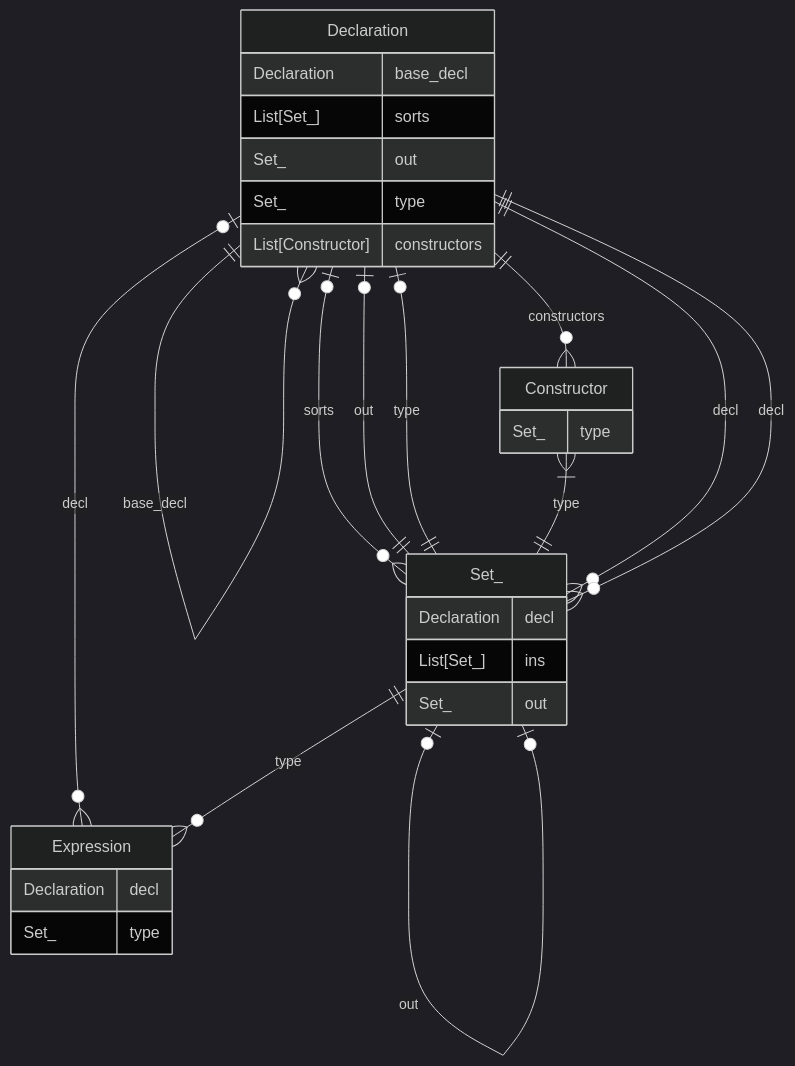
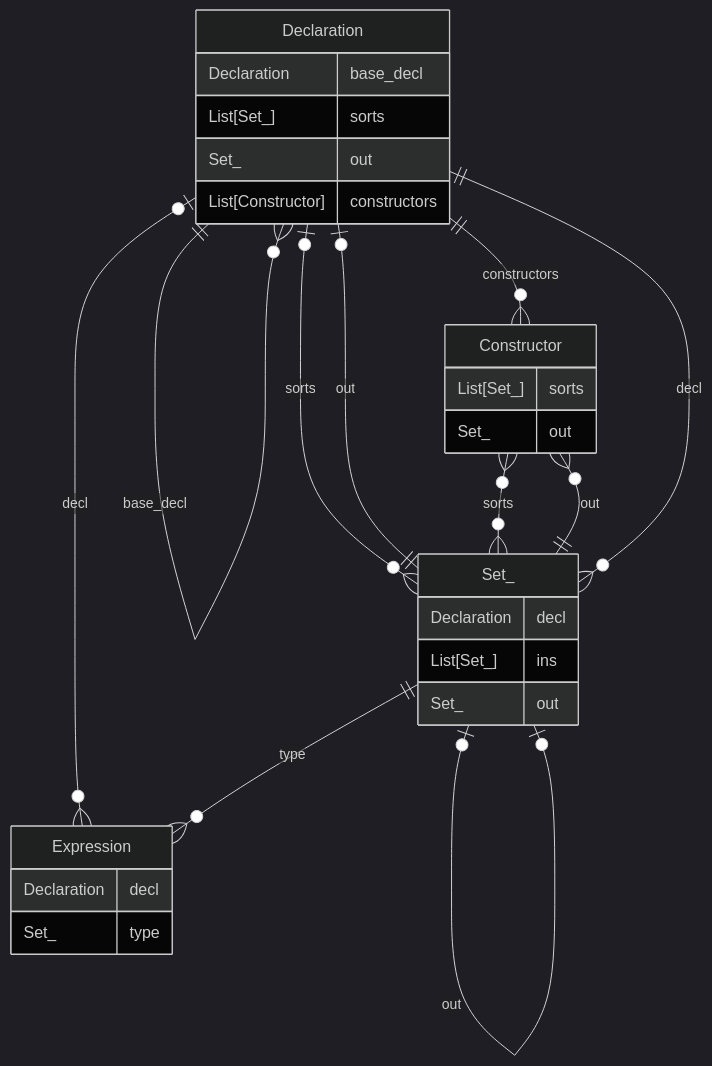
One commit to Sobhangh/IDP-Z3 changed the diagram in docs/DataModel.md. Above: the diagram before and after it, drawn with Mermaid (dark theme). The commit also changed 6 other files, not shown here.

Commit message:
- Declaration.type; Constructor.type -> .out

````diff
--- a/docs/DataModel.md
+++ b/docs/DataModel.md
@@ -8,35 +8,34 @@
 ```{mermaid}
 erDiagram
     Declaration ||--o{ Declaration : base_decl
     Set_ }o--|| Declaration: decl
     Declaration |o--o{ Set_ : sorts
     Declaration |o--|| Set_: out
-    Declaration |o--|| Set_: type
     Declaration |o--o{ Expression: decl
-    Set_ }o--|| Declaration: decl
     Set_ |o--o{ Set_: ins
     Set_ |o--o| Set_: out
     Set_ ||--o{ Expression: type
-    Constructor }|--|| Set_ : type
+    Constructor }o--o{ Set_ : sorts
+    Constructor }o--|| Set_ : out
     Declaration ||--o{ Constructor: constructors
 
     Declaration {
         Declaration base_decl
         List[Set_] sorts
         Set_ out
-        Set_ type
         List[Constructor] constructors
     }
     Set_ {
         Declaration decl
         List[Set_] ins
         Set_ out
     }
     Expression {
         Declaration decl
         Set_ type
     }
     Constructor {
-        Set_ type
+        List[Set_] sorts
+        Set_ out
     }
 ```
````
